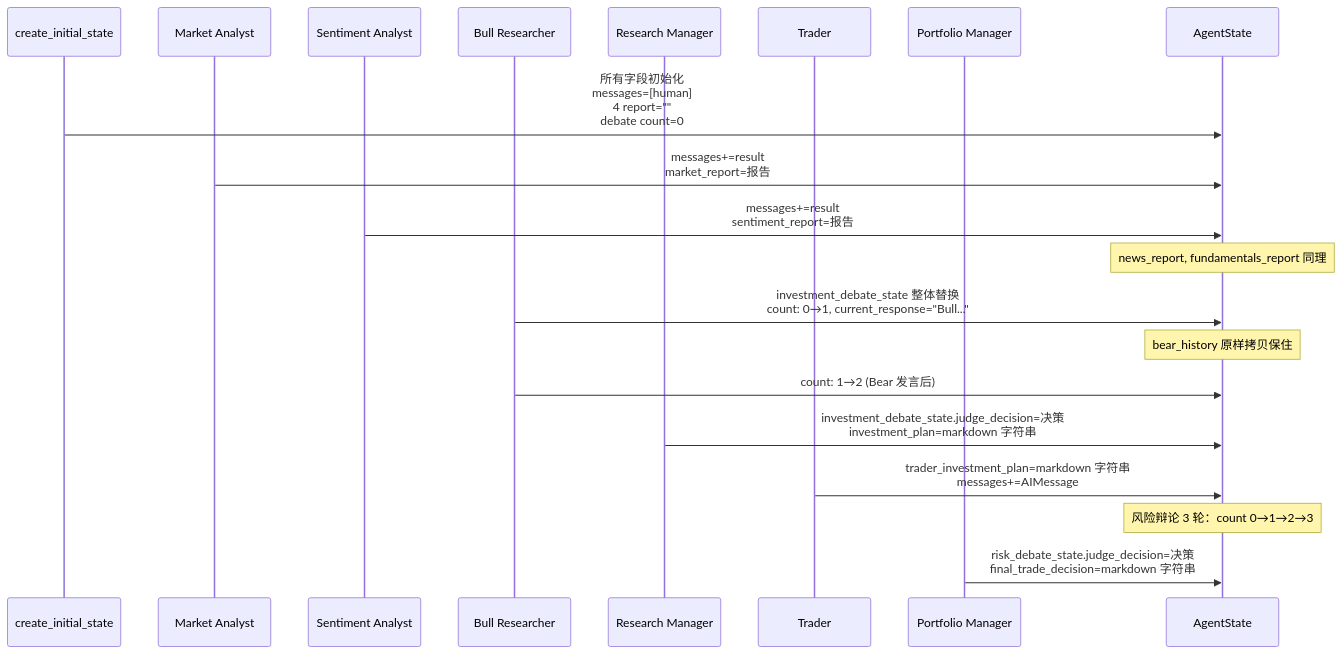
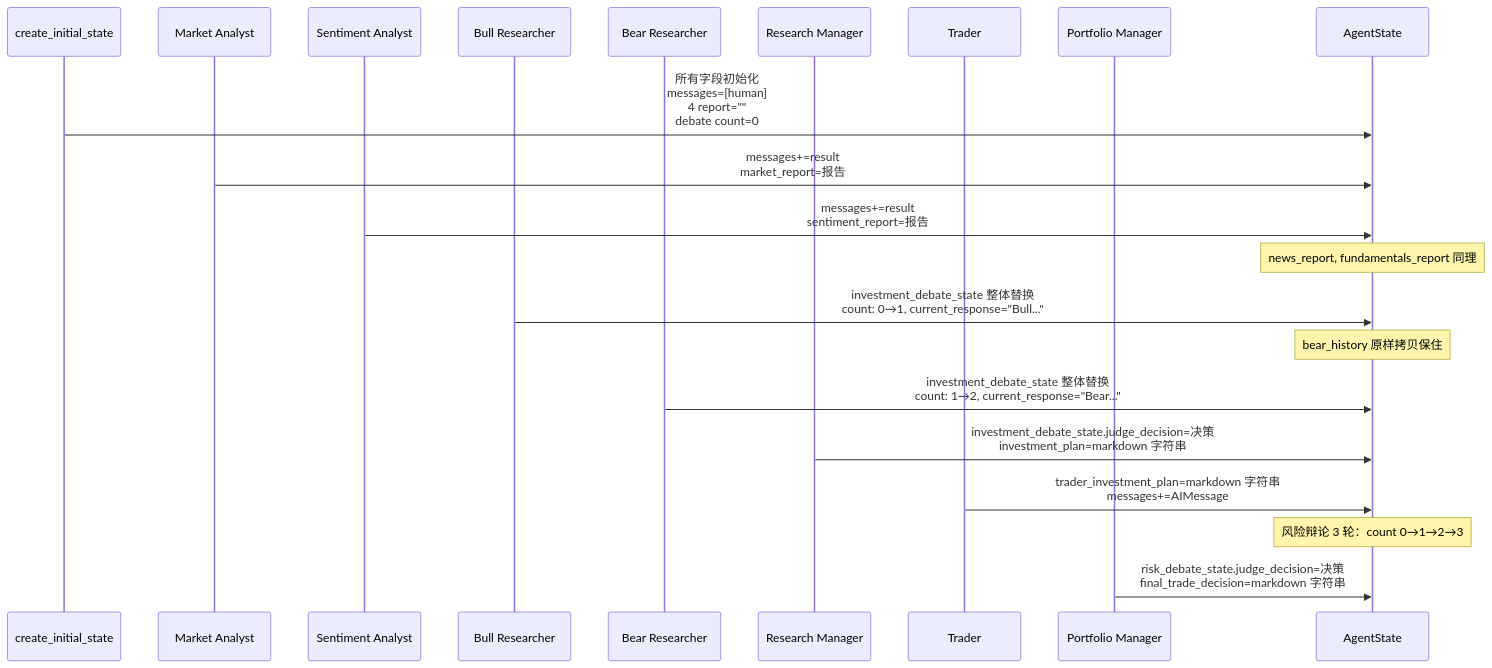
Before and after one commit to A1pha3/TradingAgents: the second of 2 diagrams in docs/cn/04-graph-and-agents/state-model.md, drawn with Mermaid. The commit also changed other lines of this file and 18 other files, not shown here.

````diff
--- a/docs/cn/04-graph-and-agents/state-model.md
+++ b/docs/cn/04-graph-and-agents/state-model.md
@@ -377,30 +377,31 @@
 ```mermaid
 sequenceDiagram
     participant Init as create_initial_state
     participant MA as Market Analyst
     participant SA as Sentiment Analyst
     participant Bull as Bull Researcher
+    participant Bear as Bear Researcher
     participant RM as Research Manager
     participant TR as Trader
     participant PM as Portfolio Manager
     participant S as AgentState
 
     Init->>S: 所有字段初始化<br/>messages=[human]<br/>4 report=""<br/>debate count=0
 
     MA->>S: messages+=result<br/>market_report=报告
     SA->>S: messages+=result<br/>sentiment_report=报告
     Note over S: news_report, fundamentals_report 同理
 
     Bull->>S: investment_debate_state 整体替换<br/>count: 0→1, current_response="Bull..."
     Note over S: bear_history 原样拷贝保住
 
-    Bull->>S: count: 1→2 (Bear 发言后)
+    Bear->>S: investment_debate_state 整体替换<br/>count: 1→2, current_response="Bear..."
 
     RM->>S: investment_debate_state.judge_decision=决策<br/>investment_plan=markdown 字符串
 
     TR->>S: trader_investment_plan=markdown 字符串<br/>messages+=AIMessage
 
     Note over S: 风险辩论 3 轮：count 0→1→2→3
 
     PM->>S: risk_debate_state.judge_decision=决策<br/>final_trade_decision=markdown 字符串
 ```
````
